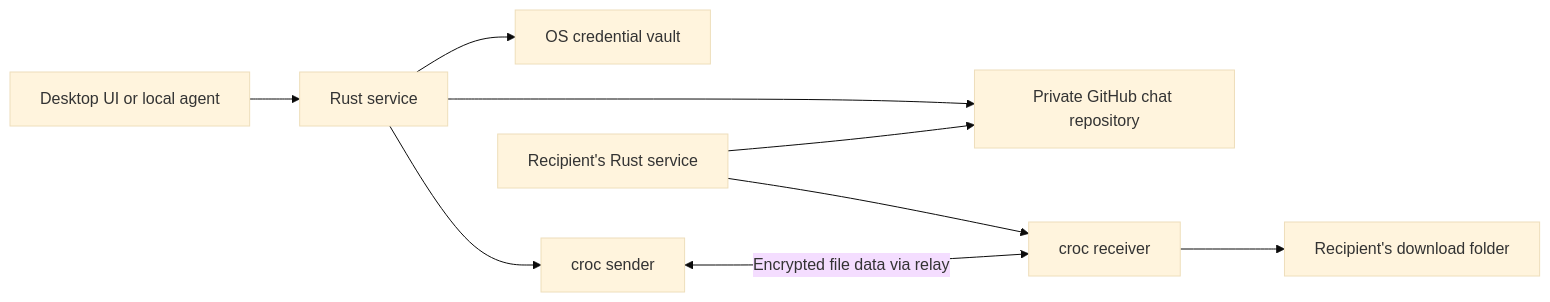
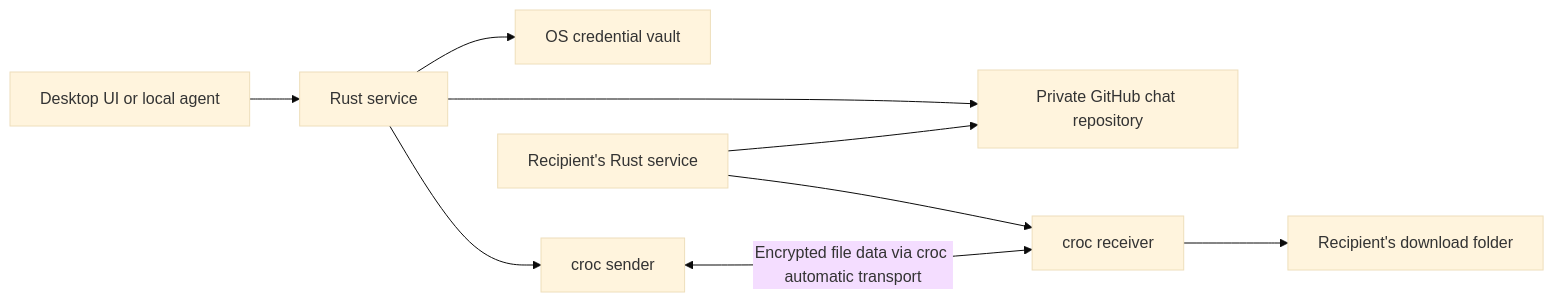
Before and after one commit to eddieyzhan/Cricket: the diagram in docs/ARCHITECTURE.md, drawn with Mermaid (base theme). The commit also changed 15 other files, not shown here.

````diff
--- a/docs/ARCHITECTURE.md
+++ b/docs/ARCHITECTURE.md
@@ -3,11 +3,11 @@
 ```mermaid
 flowchart LR
   A[Desktop UI or local agent] --> B[Rust service]
   B --> C[OS credential vault]
   B --> D[Private GitHub chat repository]
   B --> E[croc sender]
-  E <-->|Encrypted file data via relay| F[croc receiver]
+  E <-->|Encrypted file data via croc automatic transport| F[croc receiver]
   F --> G[Recipient's download folder]
   H[Recipient's Rust service] --> D
   H --> F
 ```
````
